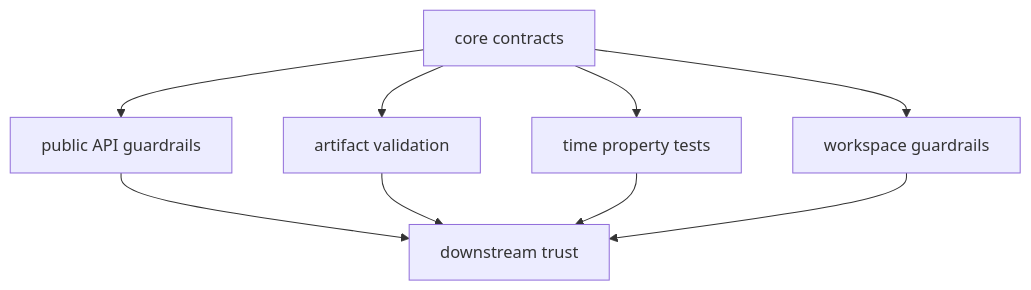
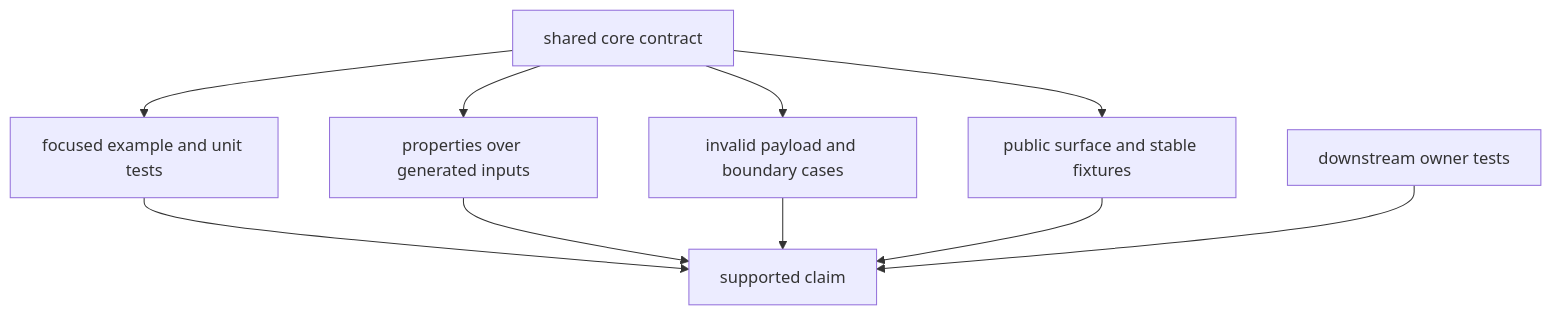
Before and after one commit to bijux/bijux-telecom: the first of 2 diagrams in docs/02-bijux-gnss-core/quality/test-strategy.md, drawn with Mermaid. The commit also changed other lines of this file and 1 other file, not shown here.

Commit message:
docs(core): define numerical evidence standards

````diff
--- a/docs/02-bijux-gnss-core/quality/test-strategy.md
+++ b/docs/02-bijux-gnss-core/quality/test-strategy.md
@@ -17,14 +19,20 @@
 ```mermaid
 flowchart TD
-    contracts["core contracts"]
-    api["public API guardrails"]
-    artifacts["artifact validation"]
-    time["time property tests"]
-    layering["workspace guardrails"]
-    downstream["downstream trust"]
+    contract["shared core contract"]
+    example["focused example and unit tests"]
+    property["properties over generated inputs"]
+    negative["invalid payload and boundary cases"]
+    compatibility["public surface and stable fixtures"]
+    downstream["downstream owner tests"]
+    trust["supported claim"]
 
-    contracts --> api --> downstream
-    contracts --> artifacts --> downstream
-    contracts --> time --> downstream
-    contracts --> layering --> downstream
+    contract --> example
+    contract --> property
+    contract --> negative
+    contract --> compatibility
+    example --> trust
+    property --> trust
+    negative --> trust
+    compatibility --> trust
+    downstream --> trust
 ```
````
